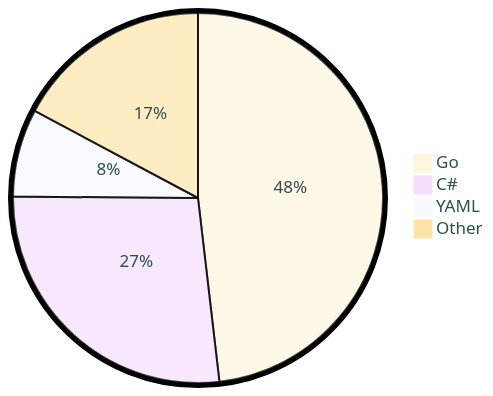
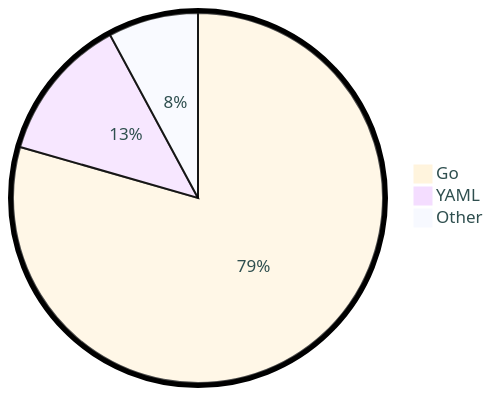
One commit to tot0p/tot0p changed the diagram in README.md. Above: the diagram before and after it, drawn with Mermaid. The commit also changed other lines of this file, not shown here.

````diff
--- a/README.md
+++ b/README.md
@@ -78,8 +71,7 @@
 ```mermaid
 %%{init: {"pie": {"textPosition": 0.5}, "themeVariables": {"pieOuterStrokeWidth": "5px","primaryTextColor" : "#2F4F4F"},"theme":"base"} }%%
 pie
-	"Go": 48.15
-	"C#": 26.97
-	"YAML": 7.68
-	"Other": 17.2
+	"Go": 79.45
+	"YAML": 12.68
+	"Other": 7.870000000000001
 ```
````
